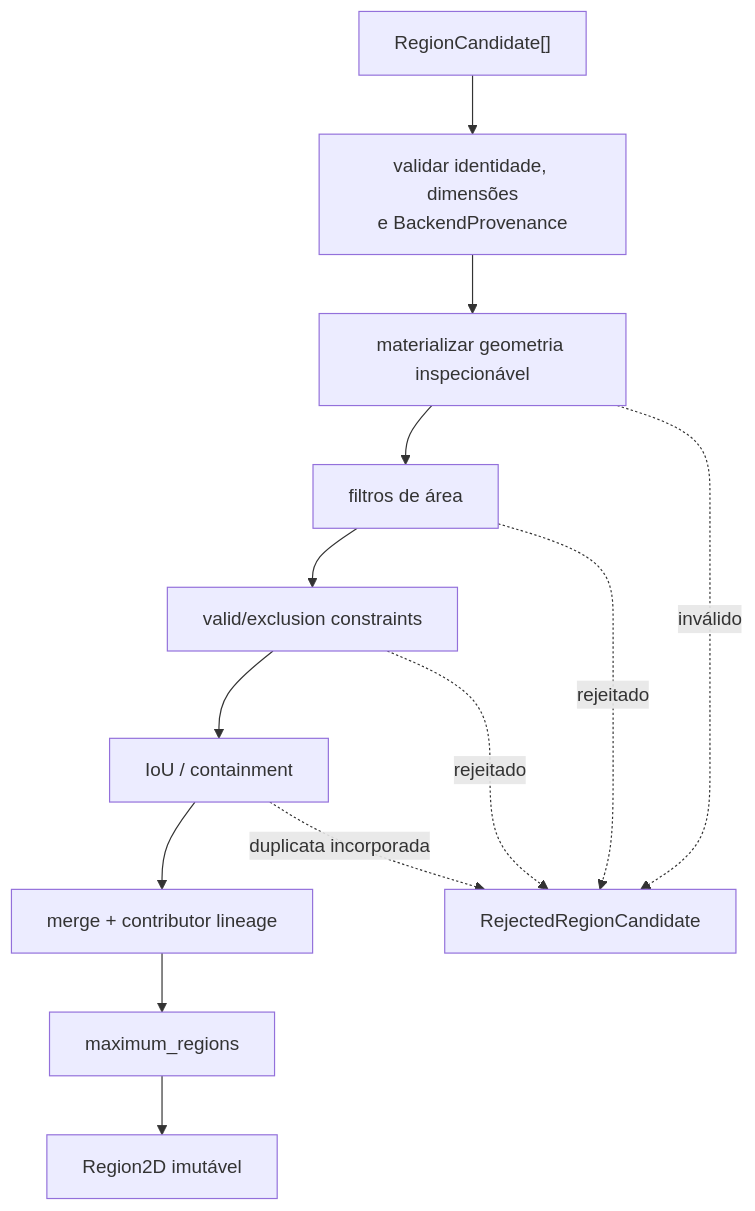
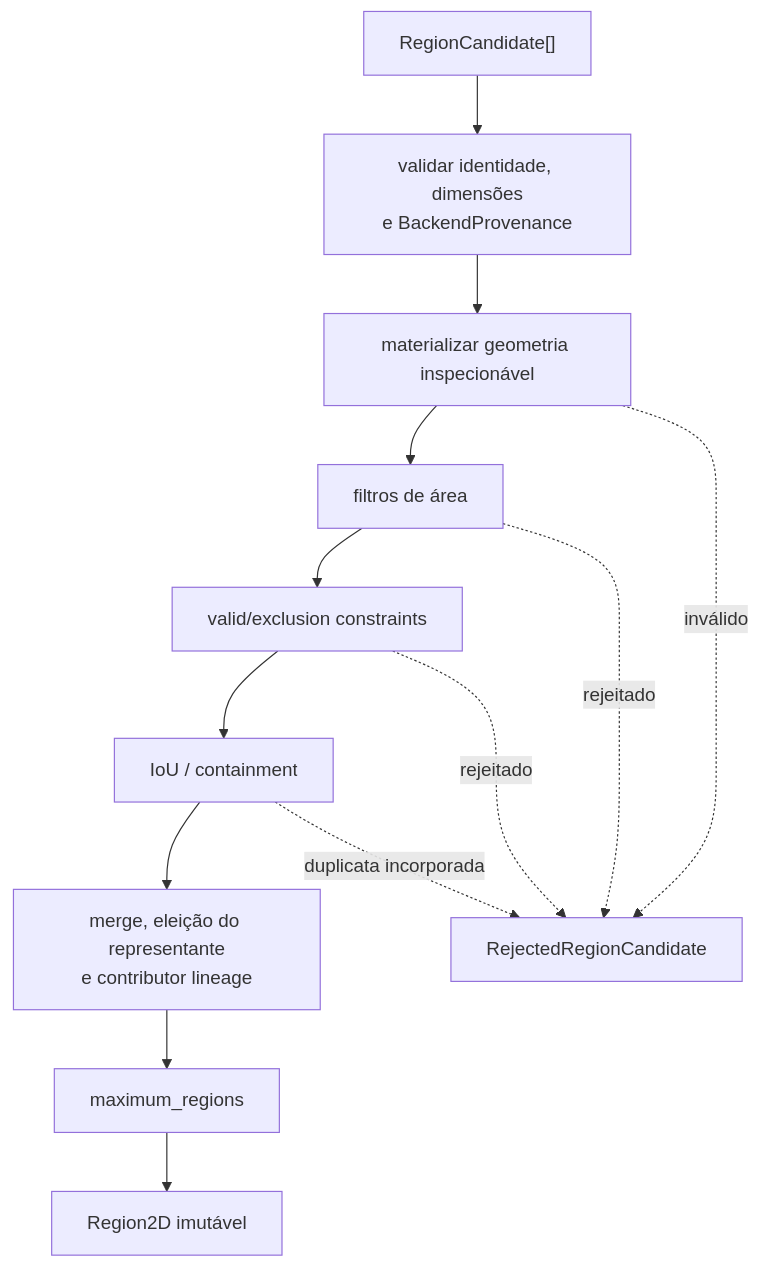
Before and after one commit to Alexandre-Tortoza/contextmap2: the sixth of 8 diagrams in src/contextmap/visual_perception/docs/region-discovery.md, drawn with Mermaid. The commit also changed other lines of this file and 5 other files, not shown here.

````diff
--- a/src/contextmap/visual_perception/docs/region-discovery.md
+++ b/src/contextmap/visual_perception/docs/region-discovery.md
@@ -326,15 +326,15 @@
 ```mermaid
 flowchart TD
     C["RegionCandidate[]"] --> V["validar identidade, dimensões<br/>e BackendProvenance"]
     V --> G["materializar geometria inspecionável"]
     G --> AREA["filtros de área"]
     AREA --> CONS["valid/exclusion constraints"]
     CONS --> DUP["IoU / containment"]
-    DUP --> MERGE["merge + contributor lineage"]
+    DUP --> MERGE["merge, eleição do representante<br/>e contributor lineage"]
     MERGE --> BUDGET["maximum_regions"]
     BUDGET --> FREEZE["Region2D imutável"]
     G -. inválido .-> REJ["RejectedRegionCandidate"]
     AREA -. rejeitado .-> REJ
     CONS -. rejeitado .-> REJ
     DUP -. duplicata incorporada .-> REJ
 ```
````
